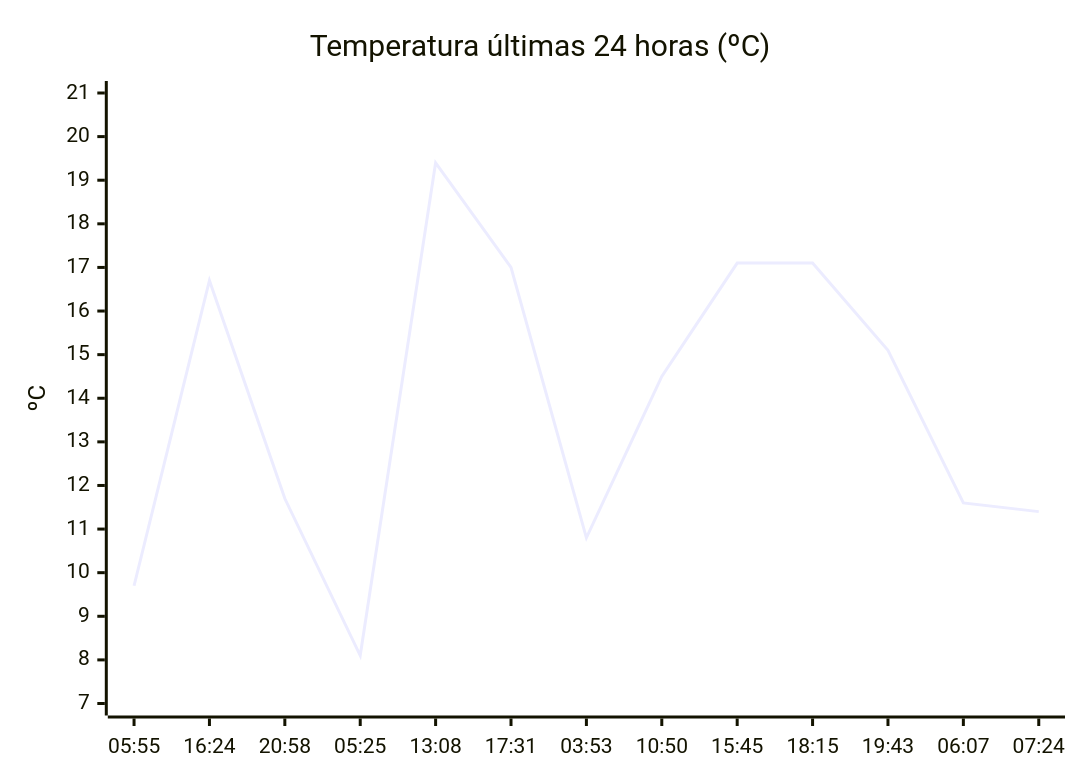
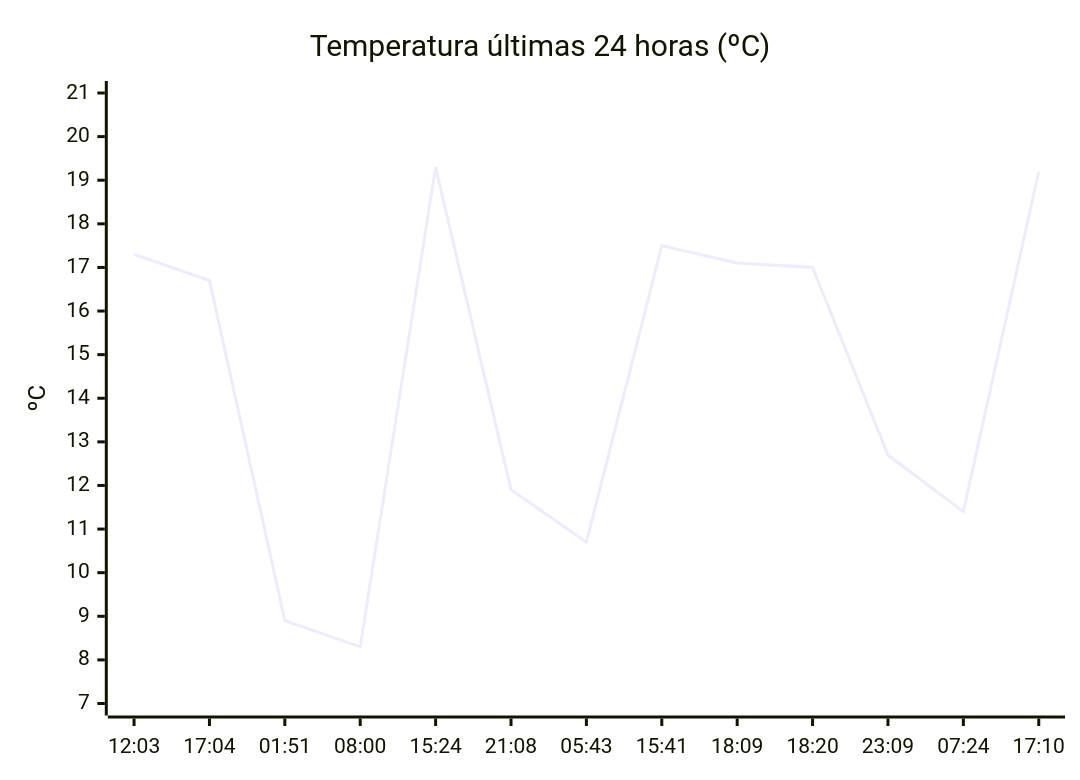
One commit to solidsnk86/rem-scrap changed the diagram in README.md. Above: the diagram before and after it, drawn with Mermaid. The commit also changed other lines of this file, not shown here.

````diff
--- a/README.md
+++ b/README.md
@@ -28,7 +36,7 @@
 ```mermaid
 xychart-beta
     title "Temperatura últimas 24 horas (ºC)"
-    x-axis ["05:55", "16:24", "20:58", "05:25", "13:08", "17:31", "03:53", "10:50", "15:45", "18:15", "19:43", "06:07", "07:24"]
+    x-axis ["12:03", "17:04", "01:51", "08:00", "15:24", "21:08", "05:43", "15:41", "18:09", "18:20", "23:09", "07:24", "17:10"]
     y-axis "ºC" 7 --> 21
-    line [9.7, 16.7, 11.7, 8.1, 19.4, 17, 10.8, 14.5, 17.1, 17.1, 15.1, 11.6, 11.4]
+    line [17.3, 16.7, 8.9, 8.3, 19.3, 11.9, 10.7, 17.5, 17.1, 17, 12.7, 11.4, 19.2]
 ```
````
